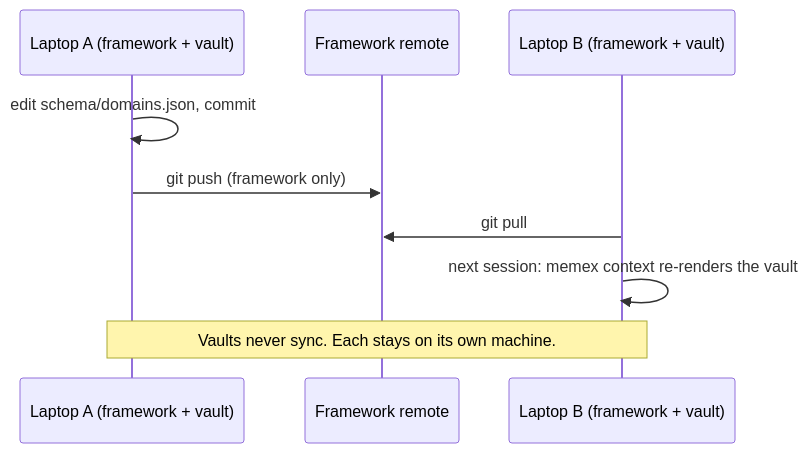
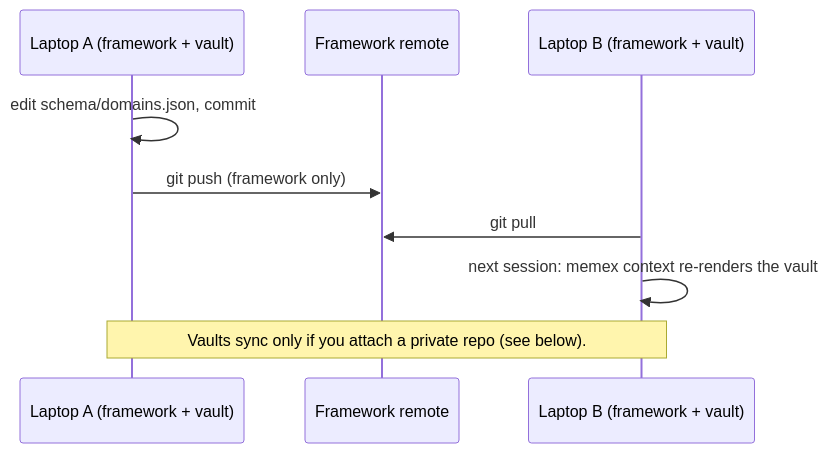
One commit to G-aUr-aV/Memex changed the fifth of 7 diagrams in README.md. Above: the diagram before and after it, drawn with Mermaid. The commit also changed other lines of this file and 35 other files, not shown here.

````diff
--- a/README.md
+++ b/README.md
@@ -213,11 +251,11 @@
 ```mermaid
 sequenceDiagram
   participant A as Laptop A (framework + vault)
   participant R as Framework remote
   participant B as Laptop B (framework + vault)
   A->>A: edit schema/domains.json, commit
   A->>R: git push (framework only)
   B->>R: git pull
   B->>B: next session: memex context re-renders the vault
-  Note over A,B: Vaults never sync. Each stays on its own machine.
+  Note over A,B: Vaults sync only if you attach a private repo (see below).
 ```
````
